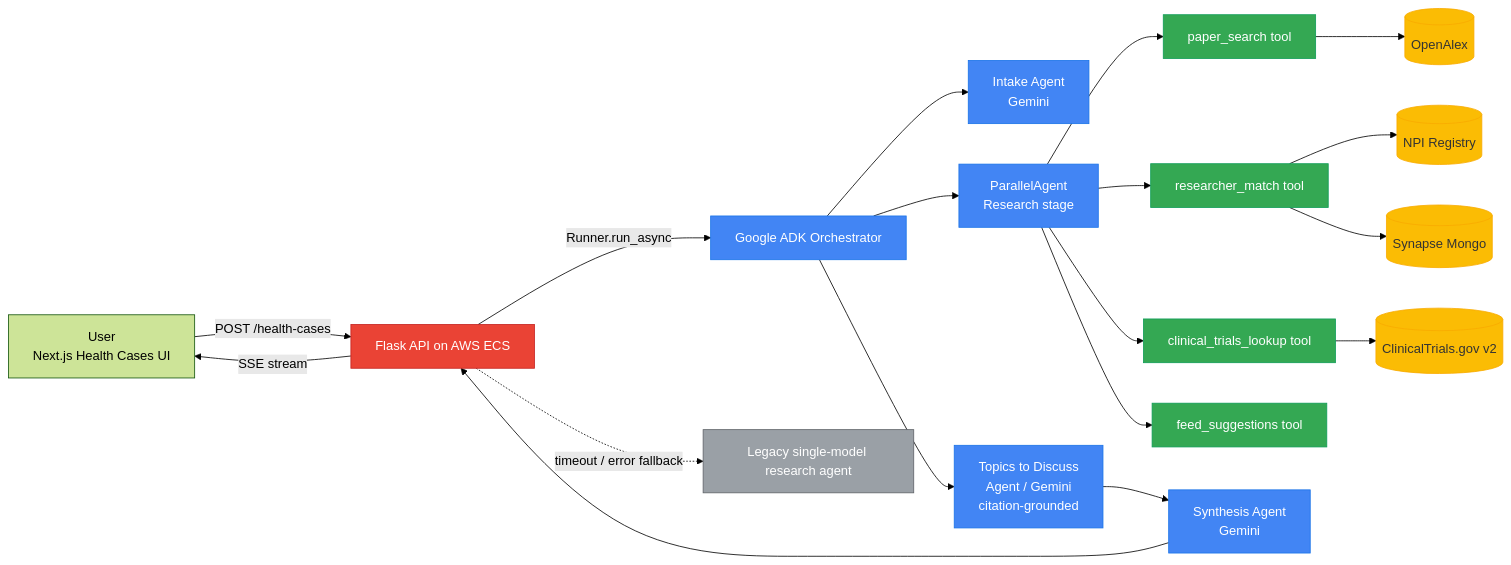
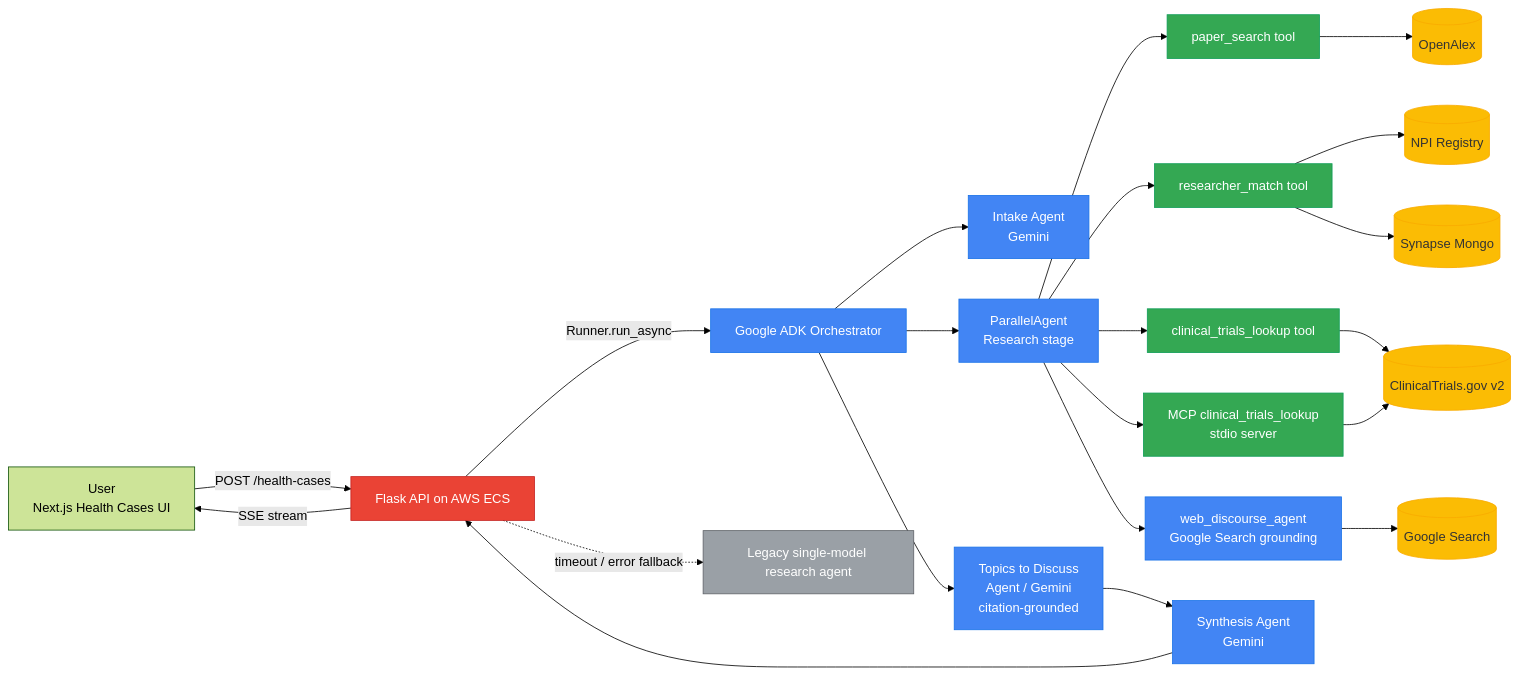
Before and after one commit to synapse-social-org/synapse-health-cases-adk: the diagram in docs/architecture.mmd, drawn with Mermaid (forest theme). The commit also changed 7 other files, not shown here.

Commit message:
Sync MCP, eval set, Google Search, and brief CTAs

```diff
--- a/docs/architecture.mmd
+++ b/docs/architecture.mmd
@@ -1,28 +1,31 @@
 graph LR
   U[User<br/>Next.js Health Cases UI] -->|POST /health-cases| API[Flask API on AWS ECS]
   API -->|SSE stream| U
   API -->|Runner.run_async| ADK[Google ADK Orchestrator]
   ADK --> Intake[Intake Agent<br/>Gemini]
   ADK --> Research[ParallelAgent<br/>Research stage]
   Research --> T1[paper_search tool]
   Research --> T2[researcher_match tool]
   Research --> T3[clinical_trials_lookup tool]
-  Research --> T4[feed_suggestions tool]
+  Research --> MCP[MCP clinical_trials_lookup<br/>stdio server]
+  Research --> Web[web_discourse_agent<br/>Google Search grounding]
   ADK --> Topics[Topics to Discuss<br/>Agent / Gemini<br/>citation-grounded]
   Topics --> Synth[Synthesis Agent<br/>Gemini]
   T1 --> OA[(OpenAlex)]
   T2 --> NPI[(NPI Registry)]
   T2 --> Mongo[(Synapse Mongo)]
   T3 --> CT[(ClinicalTrials.gov v2)]
+  MCP --> CT
+  Web --> GoogleSearch[(Google Search)]
   Synth --> API
   API -.timeout / error fallback.-> Legacy[Legacy single-model research agent]
   classDef gcp fill:#4285F4,stroke:#1a73e8,color:white
   classDef tool fill:#34A853,stroke:#0f9d58,color:white
   classDef ext fill:#fbbc04,stroke:#f9ab00,color:#333
   classDef api fill:#EA4335,stroke:#c5221f,color:white
   classDef fallback fill:#9aa0a6,stroke:#5f6368,color:white
-  class ADK,Intake,Research,Synth,Topics gcp
-  class T1,T2,T3,T4 tool
-  class OA,NPI,Mongo,CT ext
+  class ADK,Intake,Research,Synth,Topics,Web gcp
+  class T1,T2,T3,MCP tool
+  class OA,NPI,Mongo,CT,GoogleSearch ext
   class API api
   class Legacy fallback
```
